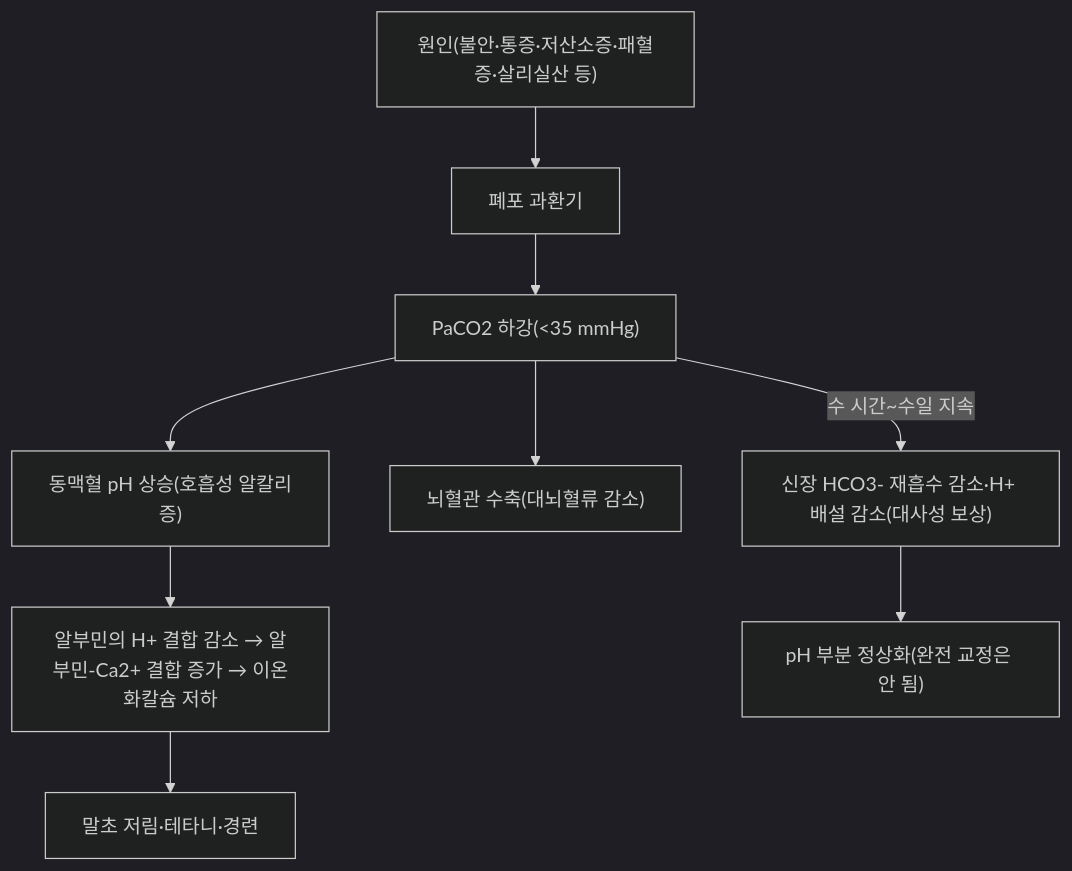
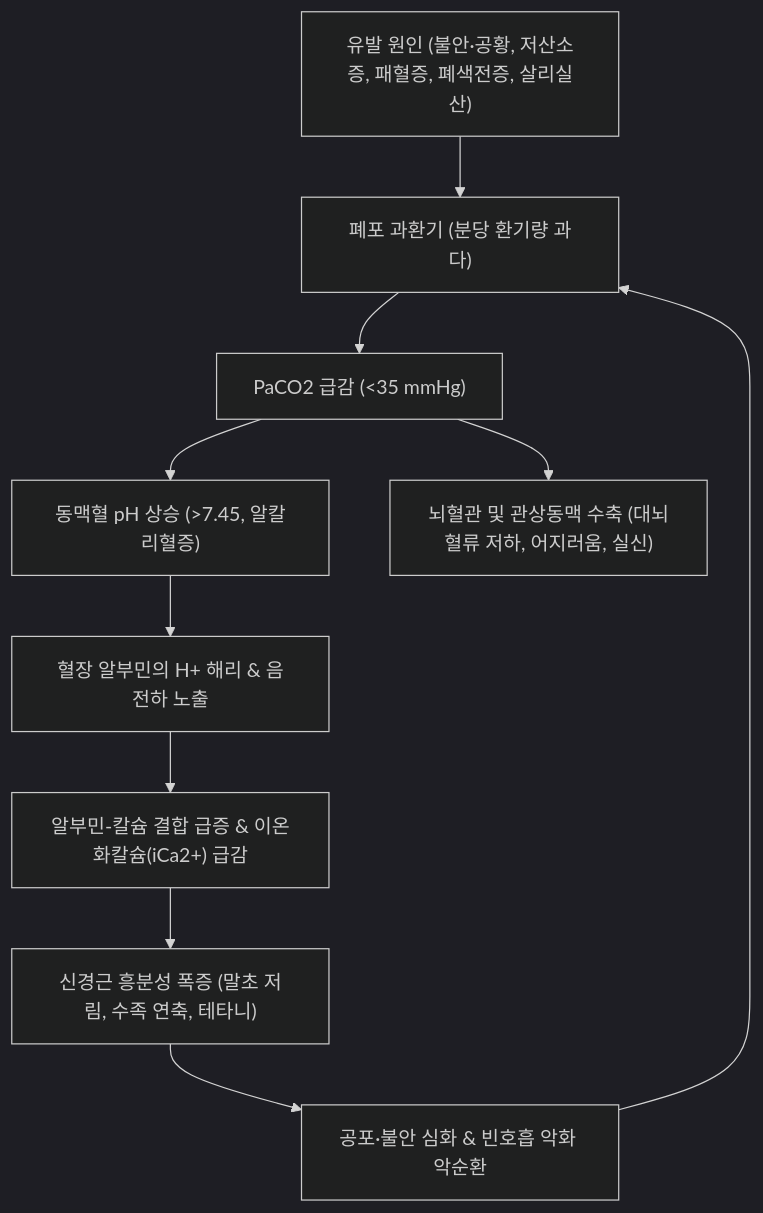
The diagram in content/3. 이론 공부/질환/호흡기 질환/기타 호흡기/호흡성 알칼리증.md (simbio11/simbio-digital-garden2), drawn with Mermaid (dark theme) before and after one commit. The commit also changed other lines of this file and 86 other files, not shown here.

````diff
--- a/content/3. 이론 공부/질환/호흡기 질환/기타 호흡기/호흡성 알칼리증.md
+++ b/content/3. 이론 공부/질환/호흡기 질환/기타 호흡기/호흡성 알칼리증.md
@@ -68,11 +64,12 @@
 ```mermaid
 graph TD
-    Cause["원인(불안·통증·저산소증·패혈증·살리실산 등)"] --> Hyperv["폐포 과환기"]
-    Hyperv --> PaCO2["PaCO2 하강(<35 mmHg)"]
-    PaCO2 --> pH["동맥혈 pH 상승(호흡성 알칼리증)"]
-    PaCO2 --> Vaso["뇌혈관 수축(대뇌혈류 감소)"]
-    pH --> CaShift["알부민의 H+ 결합 감소 → 알부민-Ca2+ 결합 증가 → 이온화칼슘 저하"]
-    CaShift --> Tetany["말초 저림·테타니·경련"]
-    PaCO2 -->|수 시간~수일 지속| Renal["신장 HCO3- 재흡수 감소·H+ 배설 감소(대사성 보상)"]
-    Renal --> pHcomp["pH 부분 정상화(완전 교정은 안 됨)"]
+    Cause["유발 원인 (불안·공황, 저산소증, 패혈증, 폐색전증, 살리실산)"] --> Hyperv["폐포 과환기 (분당 환기량 과다)"]
+    Hyperv --> PaCO2["PaCO2 급감 (<35 mmHg)"]
+    PaCO2 --> Alkalemia["동맥혈 pH 상승 (>7.45, 알칼리혈증)"]
+    PaCO2 --> Vaso["뇌혈관 및 관상동맥 수축 (대뇌혈류 저하, 어지러움, 실신)"]
+    Alkalemia --> Albumin["혈장 알부민의 H+ 해리 & 음전하 노출"]
+    Albumin --> CaBinding["알부민-칼슘 결합 급증 & 이온화칼슘(iCa2+) 급감"]
+    CaBinding --> Tetany["신경근 흥분성 폭증 (말초 저림, 수족 연축, 테타니)"]
+    Tetany --> Panic["공포·불안 심화 & 빈호흡 악화 악순환"]
+    Panic --> Hyperv
 ```
````
